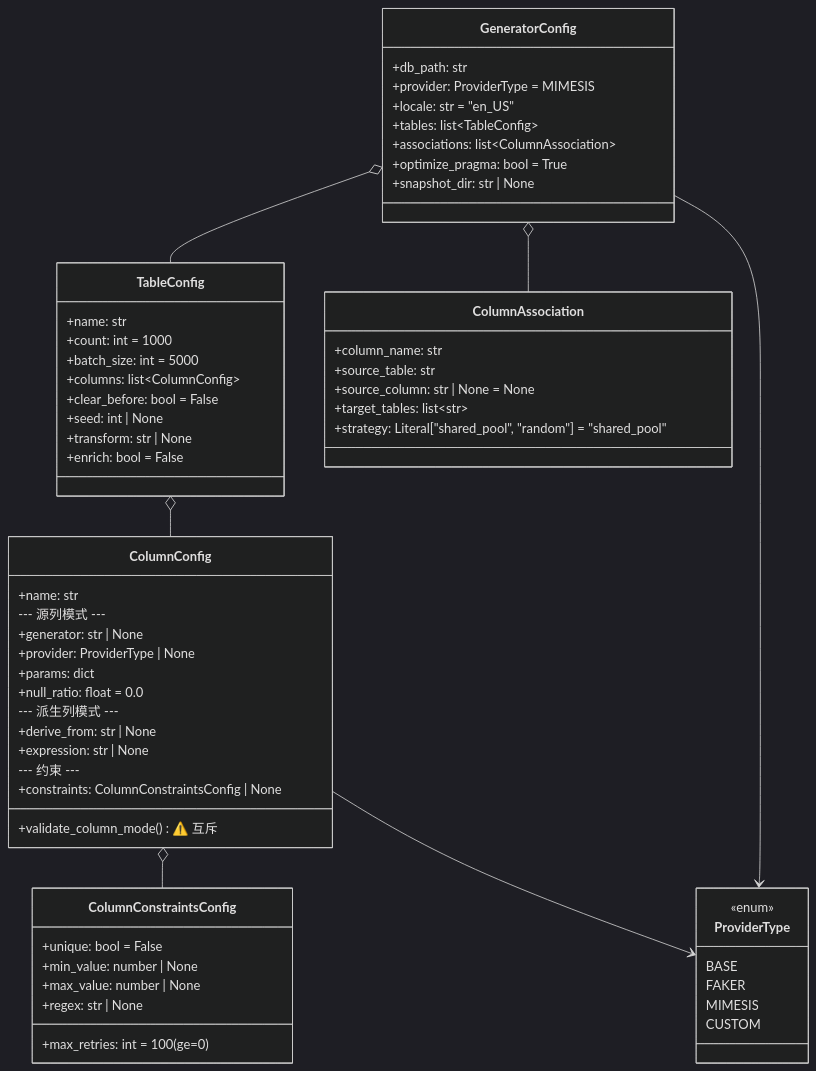
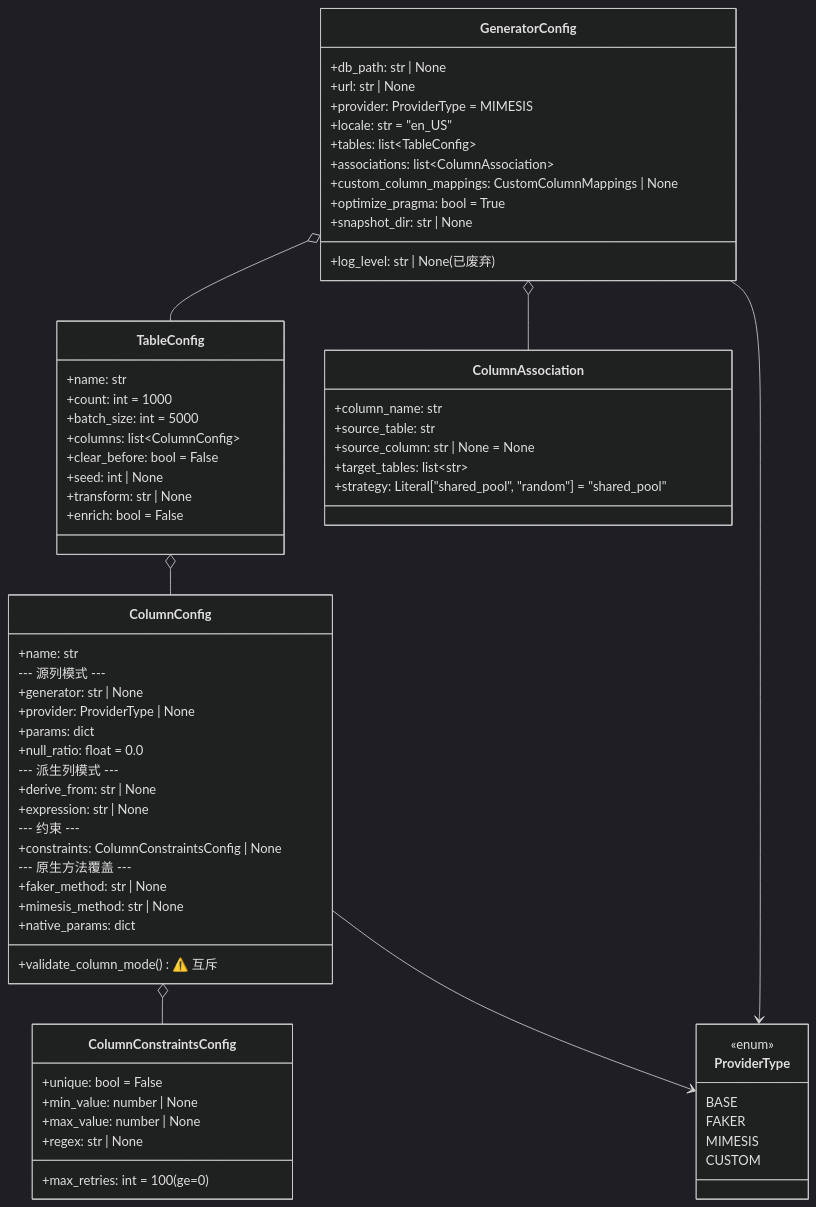
The ninth of 11 diagrams in docs/architecture.zh-CN.md (sunbos/sqlseed), drawn with Mermaid (dark theme) before and after one commit. The commit also changed other lines of this file and 21 other files, not shown here.

````diff
--- a/docs/architecture.zh-CN.md
+++ b/docs/architecture.zh-CN.md
@@ -580,69 +581,76 @@
 ```mermaid
 classDiagram
     class GeneratorConfig {
-        +db_path: str
+        +db_path: str | None
+        +url: str | None
         +provider: ProviderType = MIMESIS
         +locale: str = "en_US"
         +tables: list~TableConfig~
         +associations: list~ColumnAssociation~
+        +custom_column_mappings: CustomColumnMappings | None
         +optimize_pragma: bool = True
         +snapshot_dir: str | None
+        +log_level: str | None (已废弃)
     }
 
     class TableConfig {
         +name: str
         +count: int = 1000
         +batch_size: int = 5000
         +columns: list~ColumnConfig~
         +clear_before: bool = False
         +seed: int | None
         +transform: str | None
         +enrich: bool = False
     }
 
     class ColumnConfig {
         +name: str
         --- 源列模式 ---
         +generator: str | None
         +provider: ProviderType | None
         +params: dict
         +null_ratio: float = 0.0
         --- 派生列模式 ---
         +derive_from: str | None
         +expression: str | None
         --- 约束 ---
         +constraints: ColumnConstraintsConfig | None
+        --- 原生方法覆盖 ---
+        +faker_method: str | None
+        +mimesis_method: str | None
+        +native_params: dict
         +validate_column_mode() ⚠️ 互斥
     }
 
     class ColumnConstraintsConfig {
         +unique: bool = False
         +min_value: number | None
         +max_value: number | None
         +regex: str | None
         +max_retries: int = 100 (ge=0)
     }
 
     class ColumnAssociation {
         +column_name: str
         +source_table: str
         +source_column: str | None = None
         +target_tables: list~str~
         +strategy: Literal["shared_pool", "random"] = "shared_pool"
     }
 
     class ProviderType {
         <<enum>>
         BASE
         FAKER
         MIMESIS
         CUSTOM
     }
 
     GeneratorConfig o-- TableConfig
     GeneratorConfig o-- ColumnAssociation
     GeneratorConfig --> ProviderType
     TableConfig o-- ColumnConfig
     ColumnConfig o-- ColumnConstraintsConfig
     ColumnConfig --> ProviderType
 ```
````
